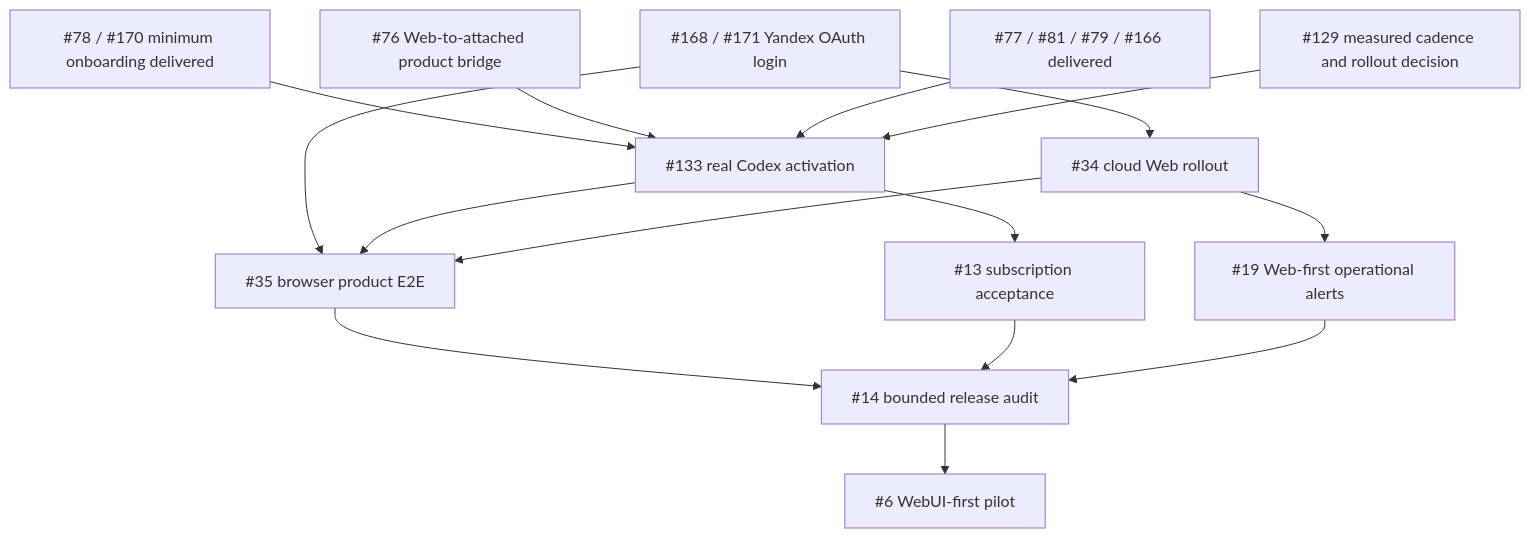
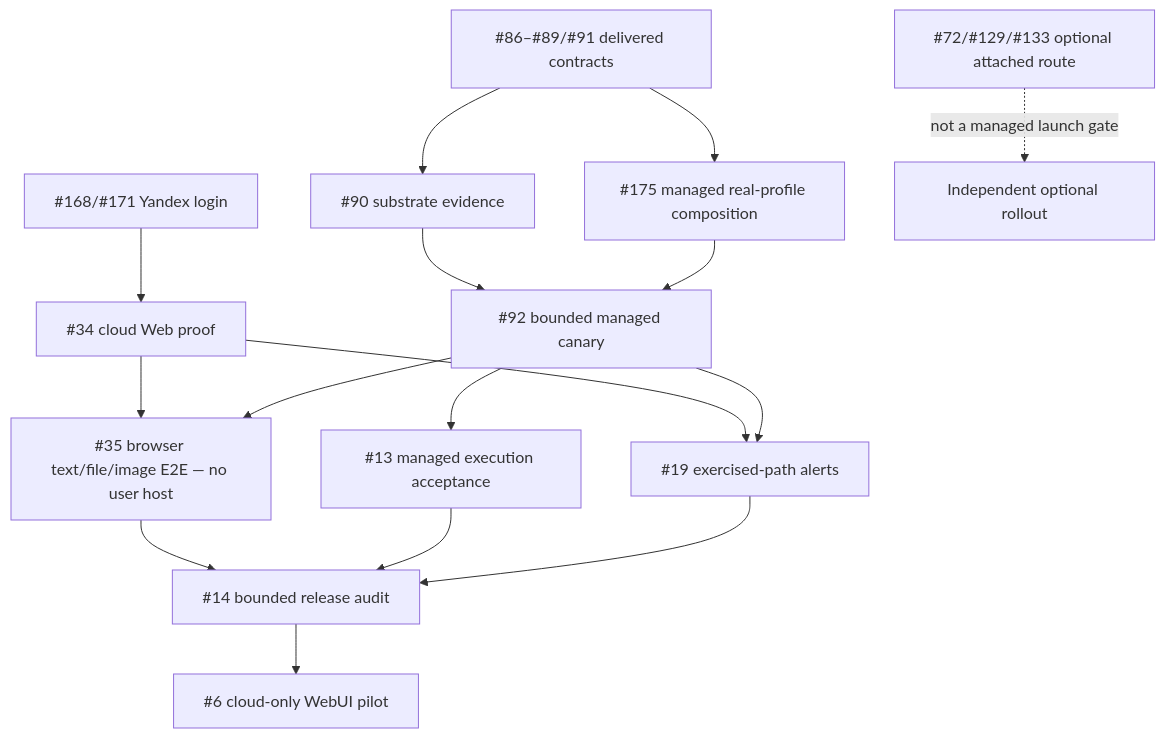
Before and after one commit to urandon/sessionless: the first of 2 diagrams in docs/mvp-delivery-plan.md, drawn with Mermaid. The commit also changed other lines of this file and 6 other files, not shown here.

Commit message:
docs(mvp): require managed cloud execution without a user host

````diff
--- a/docs/mvp-delivery-plan.md
+++ b/docs/mvp-delivery-plan.md
@@ -105,17 +118,18 @@
 ```mermaid
 flowchart TD
-    AUTH["#168 / #171 Yandex OAuth login"] --> WEB["#34 cloud Web rollout"]
-    AUTH --> E2E["#35 browser product E2E"]
-    ENROLL["#78 / #170 minimum onboarding delivered"] --> REAL["#133 real Codex activation"]
-    BRIDGE["#76 Web-to-attached product bridge"] --> REAL
-    SAFETY["#77 / #81 / #79 / #166 delivered"] --> REAL
-    COST["#129 measured cadence and rollout decision"] --> REAL
-    REAL --> E2E
-    WEB --> E2E
-    REAL --> SUB["#13 subscription acceptance"]
-    WEB --> ALERT["#19 Web-first operational alerts"]
+    AUTH["#168/#171 Yandex login"] --> WEB["#34 cloud Web proof"]
+    CONTRACTS["#86–#89/#91 delivered contracts"] --> PLATFORM["#90 substrate evidence"]
+    CONTRACTS --> PROFILE["#175 managed real-profile composition"]
+    PLATFORM --> CANARY["#92 bounded managed canary"]
+    PROFILE --> CANARY
+    WEB --> E2E["#35 browser text/file/image E2E — no user host"]
+    CANARY --> E2E
+    CANARY --> ACCEPT["#13 managed execution acceptance"]
+    WEB --> ALERT["#19 exercised-path alerts"]
+    CANARY --> ALERT
     E2E --> RELEASE["#14 bounded release audit"]
-    SUB --> RELEASE
+    ACCEPT --> RELEASE
     ALERT --> RELEASE
-    RELEASE --> MVP["#6 WebUI-first pilot"]
+    RELEASE --> MVP["#6 cloud-only WebUI pilot"]
+    ATTACHED["#72/#129/#133 optional attached route"] -. "not a managed launch gate" .-> LATER["Independent optional rollout"]
 ```
````
